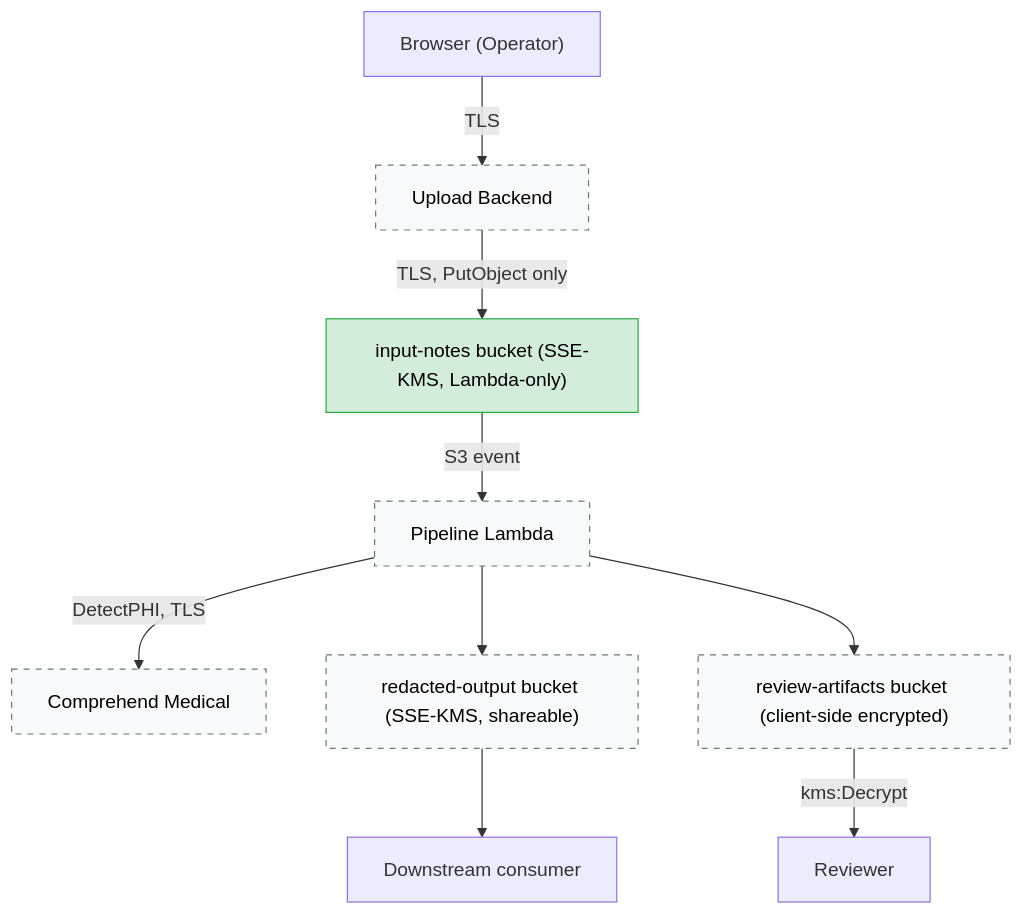
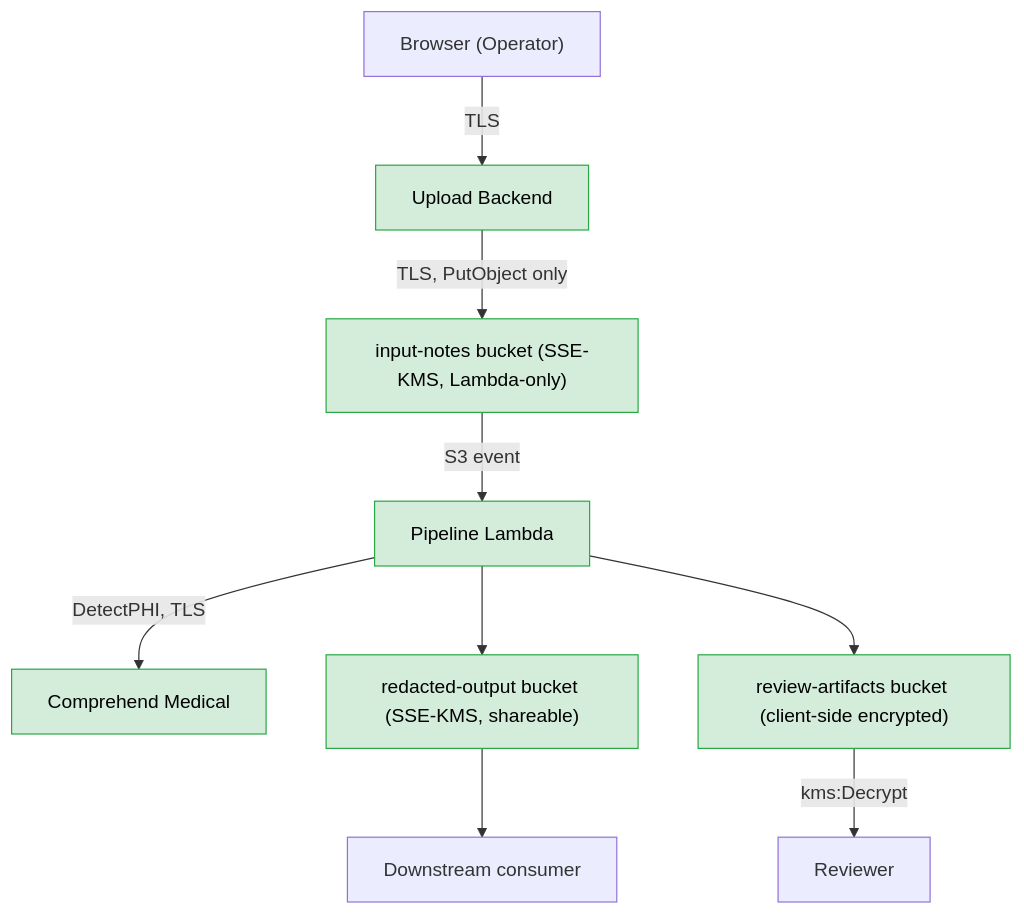
Before and after one commit to thangkhuat/patient-deid-pipeline: the diagram in README.md, drawn with Mermaid. The commit also changed other lines of this file and 2 other files, not shown here.

````diff
--- a/README.md
+++ b/README.md
@@ -72,17 +88,16 @@
 ```mermaid
 flowchart TD
     Browser["Browser (Operator)"] -->|TLS| UploadBackend["Upload Backend"]
     UploadBackend -->|TLS, PutObject only| InputBucket["input-notes bucket (SSE-KMS, Lambda-only)"]
     InputBucket -->|S3 event| Lambda["Pipeline Lambda"]
     Lambda -->|DetectPHI, TLS| Comprehend["Comprehend Medical"]
     Lambda --> RedactedBucket["redacted-output bucket (SSE-KMS, shareable)"]
     Lambda --> ReviewBucket["review-artifacts bucket (client-side encrypted)"]
     RedactedBucket --> Downstream["Downstream consumer"]
     ReviewBucket -->|kms:Decrypt| Reviewer["Reviewer"]
 
     classDef built fill:#d4edda,stroke:#28a745,color:#000
     classDef planned fill:#f8f9fa,stroke:#6c757d,stroke-dasharray: 5 5,color:#000
 
-    class InputBucket built
-    class UploadBackend,Lambda,Comprehend,RedactedBucket,ReviewBucket planned
+    class InputBucket,UploadBackend,Lambda,Comprehend,RedactedBucket,ReviewBucket built
 ```
````
